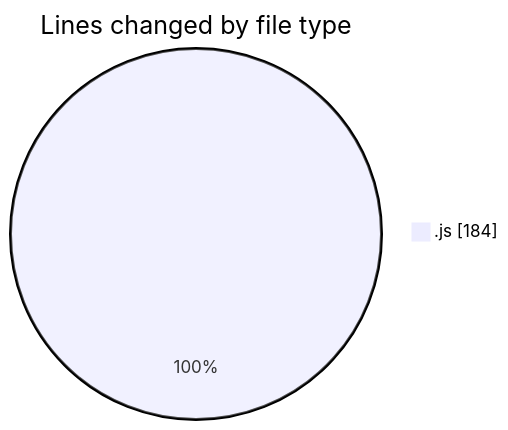
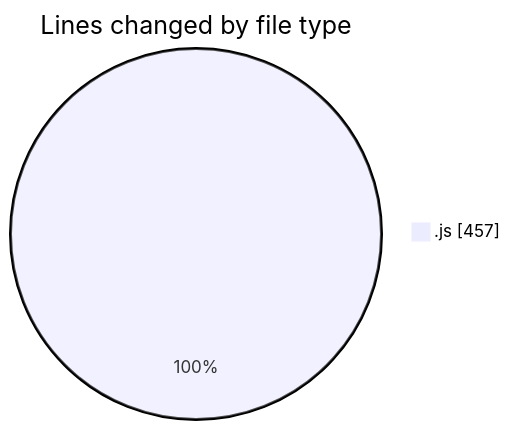
One commit to momahboobian/code-tracking changed the first of 2 diagrams in 2025-08-12/cda/README.md. Above: the diagram before and after it, drawn with Mermaid. The commit also changed other lines of this file and 1 other file, not shown here.

````diff
--- a/2025-08-12/cda/README.md
+++ b/2025-08-12/cda/README.md
@@ -24,5 +26,5 @@
 ```mermaid
 pie showData
 title Lines changed by file type
-".js" : 184
+".js" : 457
 ```
````
